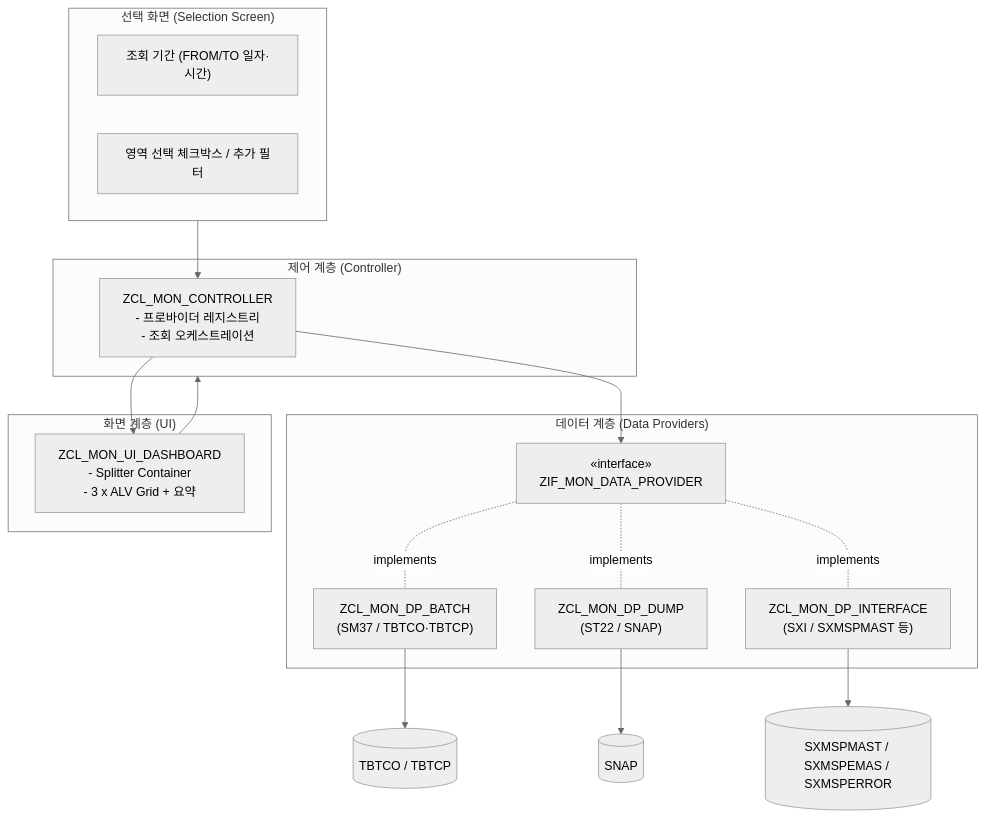
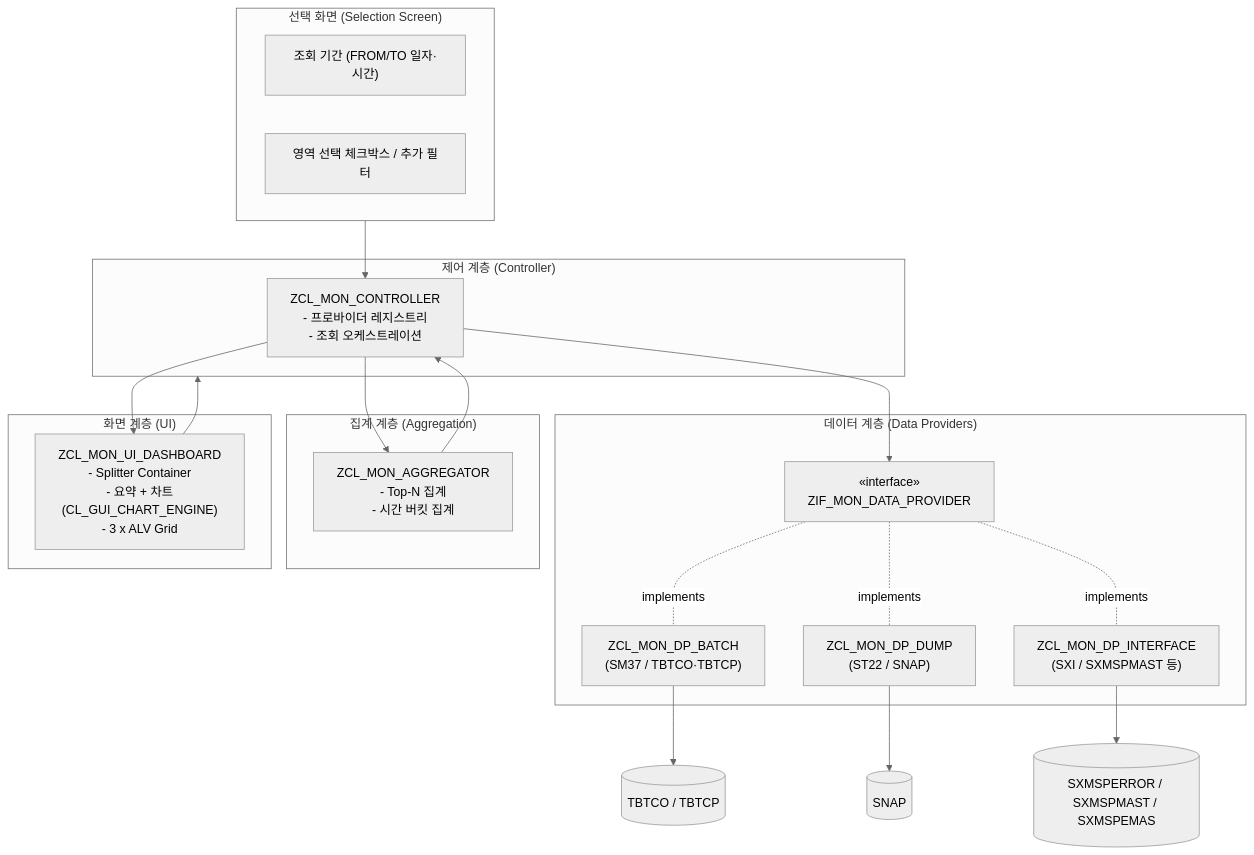
One commit to hyosungitx00/AI changed the first of 2 diagrams in docs/design/integrated-ops-monitor-design.md. Above: the diagram before and after it, drawn with Mermaid (neutral theme). The commit also changed other lines of this file and 1 other file, not shown here.

````diff
--- a/docs/design/integrated-ops-monitor-design.md
+++ b/docs/design/integrated-ops-monitor-design.md
@@ -122,33 +122,39 @@
 ```mermaid
 flowchart TB
     subgraph SEL["선택 화면 (Selection Screen)"]
         P1["조회 기간 (FROM/TO 일자·시간)"]
         P2["영역 선택 체크박스 / 추가 필터"]
     end
 
     subgraph CTRL["제어 계층 (Controller)"]
         C1["ZCL_MON_CONTROLLER\n- 프로바이더 레지스트리\n- 조회 오케스트레이션"]
     end
 
     subgraph DP["데이터 계층 (Data Providers)"]
         D1["ZCL_MON_DP_BATCH\n(SM37 / TBTCO·TBTCP)"]
         D2["ZCL_MON_DP_DUMP\n(ST22 / SNAP)"]
         D3["ZCL_MON_DP_INTERFACE\n(SXI / SXMSPMAST 등)"]
         IF["«interface»\nZIF_MON_DATA_PROVIDER"]
     end
 
+    subgraph AGG["집계 계층 (Aggregation)"]
+        A1["ZCL_MON_AGGREGATOR\n- Top-N 집계\n- 시간 버킷 집계"]
+    end
+
     subgraph UI["화면 계층 (UI)"]
-        U1["ZCL_MON_UI_DASHBOARD\n- Splitter Container\n- 3 x ALV Grid + 요약"]
+        U1["ZCL_MON_UI_DASHBOARD\n- Splitter Container\n- 요약 + 차트(CL_GUI_CHART_ENGINE)\n- 3 x ALV Grid"]
     end
 
     SEL --> C1
     C1 --> IF
     IF -.implements.- D1
     IF -.implements.- D2
     IF -.implements.- D3
     D1 --> DB1[("TBTCO / TBTCP")]
     D2 --> DB2[("SNAP")]
-    D3 --> DB3[("SXMSPMAST / SXMSPEMAS / SXMSPERROR")]
+    D3 --> DB3[("SXMSPERROR / SXMSPMAST / SXMSPEMAS")]
+    C1 --> A1
+    A1 --> C1
     C1 --> U1
     U1 --> CTRL
 ```
````
